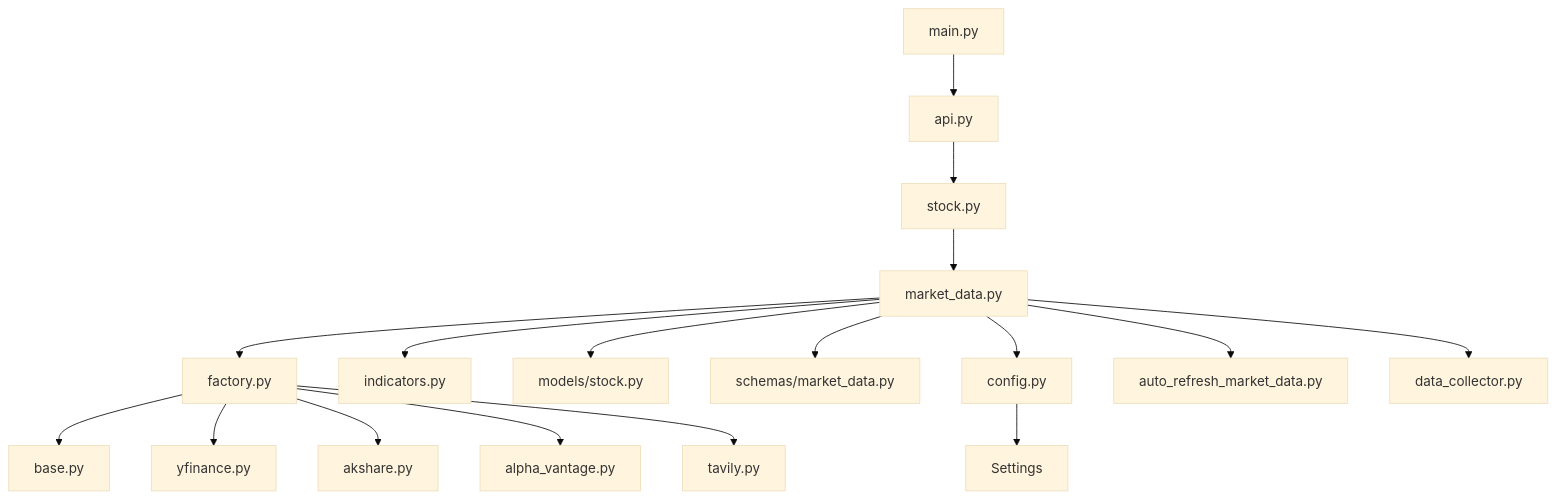
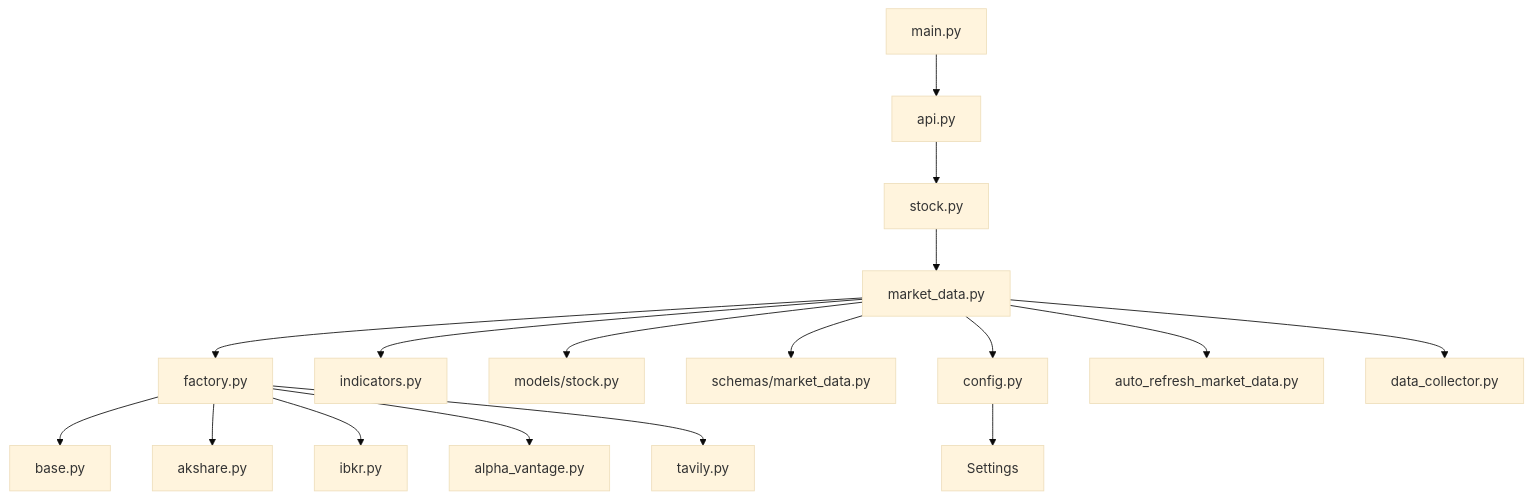
Before and after one commit to breeze-lyf/ai-stock-advisor: diagram 14 of 14 in .qoder/repowiki/zh/content/后端开发指南/业务服务实现/市场数据提供商架构.md, drawn with Mermaid (base theme). The commit also changed other lines of this file and 43 other files, not shown here.

````diff
--- a/.qoder/repowiki/zh/content/后端开发指南/业务服务实现/市场数据提供商架构.md
+++ b/.qoder/repowiki/zh/content/后端开发指南/业务服务实现/市场数据提供商架构.md
@@ -716,19 +728,19 @@
 ```mermaid
 graph TD
 MAIN[main.py] --> API[api.py]
 API --> STOCK[stock.py]
 STOCK --> SERVICE[market_data.py]
 SERVICE --> FACTORY[factory.py]
 SERVICE --> INDICATORS[indicators.py]
 SERVICE --> MODELS[models/stock.py]
 SERVICE --> SCHEMAS[schemas/market_data.py]
 FACTORY --> BASE[base.py]
-FACTORY --> YF[yfinance.py]
 FACTORY --> AK[akshare.py]
+FACTORY --> IB[ibkr.py]
 FACTORY --> AV[alpha_vantage.py]
 FACTORY --> TV[tavily.py]
 SERVICE --> CONFIG[config.py]
 CONFIG --> SETTINGS[Settings]
 SERVICE --> AUTO_REFRESH[auto_refresh_market_data.py]
 SERVICE --> DATA_COLLECTOR[data_collector.py]
 ```
````
